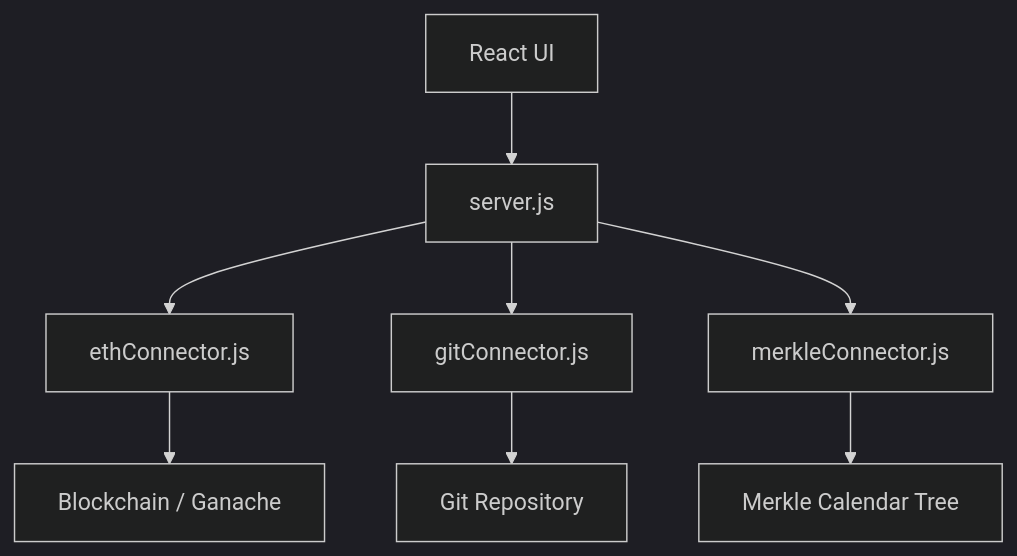
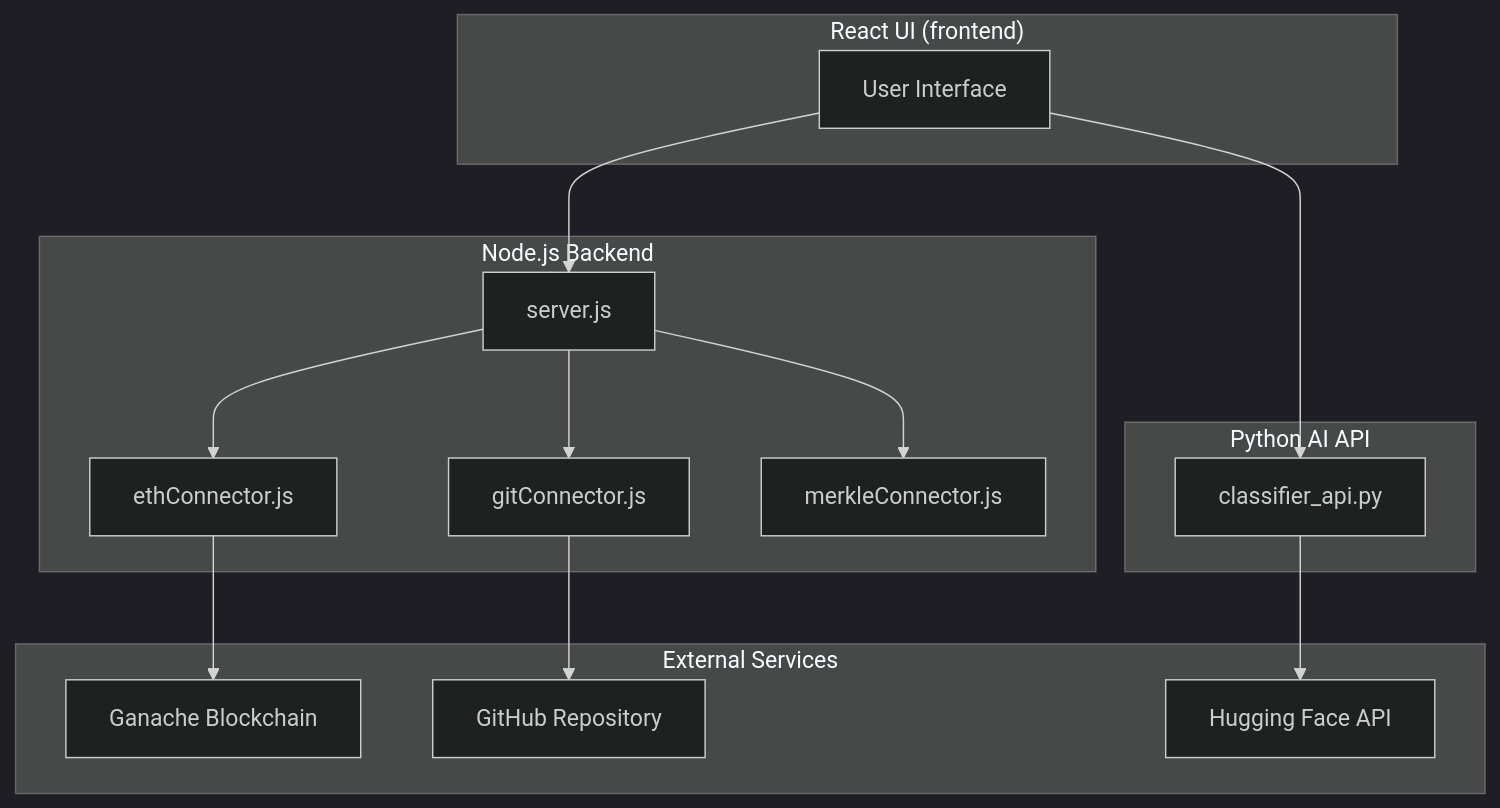
One commit to Cheesecodemaker/Vericlasify changed the first of 5 diagrams in @docs/CODE_EXPLANATION.md. Above: the diagram before and after it, drawn with Mermaid (dark theme). The commit also changed other lines of this file and 6 other files, not shown here.

````diff
--- a/@docs/CODE_EXPLANATION.md
+++ b/@docs/CODE_EXPLANATION.md
@@ -9,10 +15,30 @@
 ```mermaid
 flowchart TD
-    UI[React UI] --> Server[server.js]
-    Server --> ETH[ethConnector.js]
-    Server --> GIT[gitConnector.js]
-    Server --> MKL[merkleConnector.js]
-    ETH --> BC[Blockchain / Ganache]
-    GIT --> REPO[Git Repository]
-    MKL --> TREE[Merkle Calendar Tree]
+    subgraph UI["React UI (frontend)"]
+        A[User Interface]
+    end
+    
+    subgraph Backend["Node.js Backend"]
+        B[server.js]
+        C[ethConnector.js]
+        D[gitConnector.js]
+        E[merkleConnector.js]
+    end
+    
+    subgraph AI["Python AI API"]
+        F[classifier_api.py]
+    end
+    
+    subgraph External["External Services"]
+        G[Ganache Blockchain]
+        H[GitHub Repository]
+        I[Hugging Face API]
+    end
+    
+    A --> B
+    A --> F
+    B --> C --> G
+    B --> D --> H
+    B --> E
+    F --> I
 ```
````
